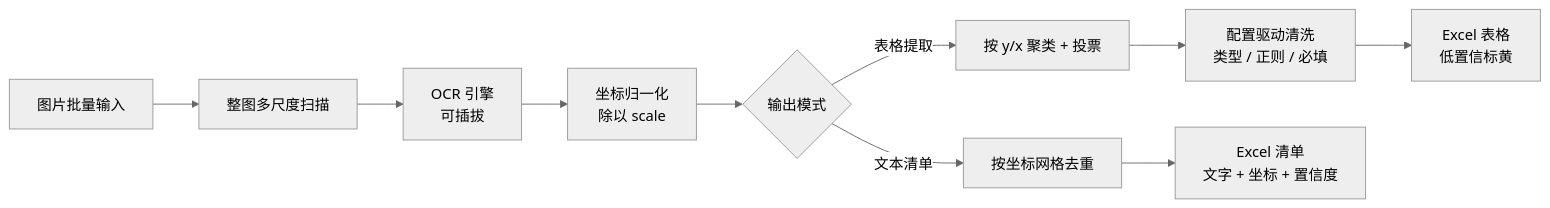
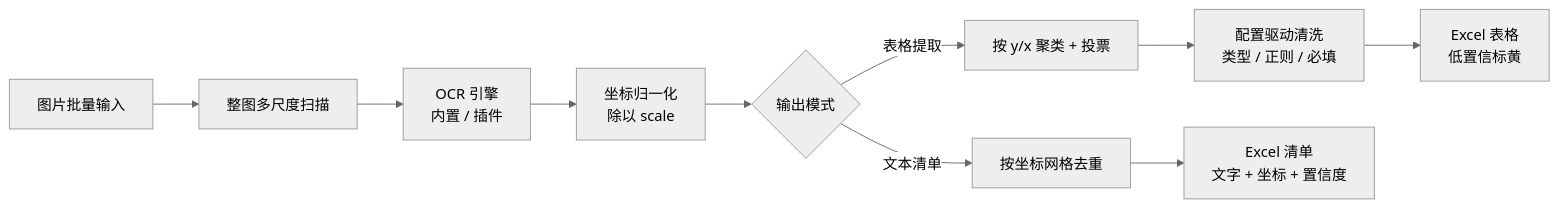
The diagram in README.md (darkberserkerking/screenshot-to-excel-ocr), drawn with Mermaid (neutral theme) before and after one commit. The commit also changed other lines of this file and 17 other files, not shown here.

````diff
--- a/README.md
+++ b/README.md
@@ -94,12 +128,12 @@
 ```mermaid
 flowchart LR
     A[图片批量输入] --> B[整图多尺度扫描]
-    B --> C[OCR 引擎<br/>可插拔]
+    B --> C[OCR 引擎<br/>内置 / 插件]
     C --> D[坐标归一化<br/>除以 scale]
     D --> E{输出模式}
     E -->|表格提取| F[按 y/x 聚类 + 投票]
     F --> G[配置驱动清洗<br/>类型 / 正则 / 必填]
     G --> H[Excel 表格<br/>低置信标黄]
     E -->|文本清单| I[按坐标网格去重]
     I --> J[Excel 清单<br/>文字 + 坐标 + 置信度]
 ```
````
